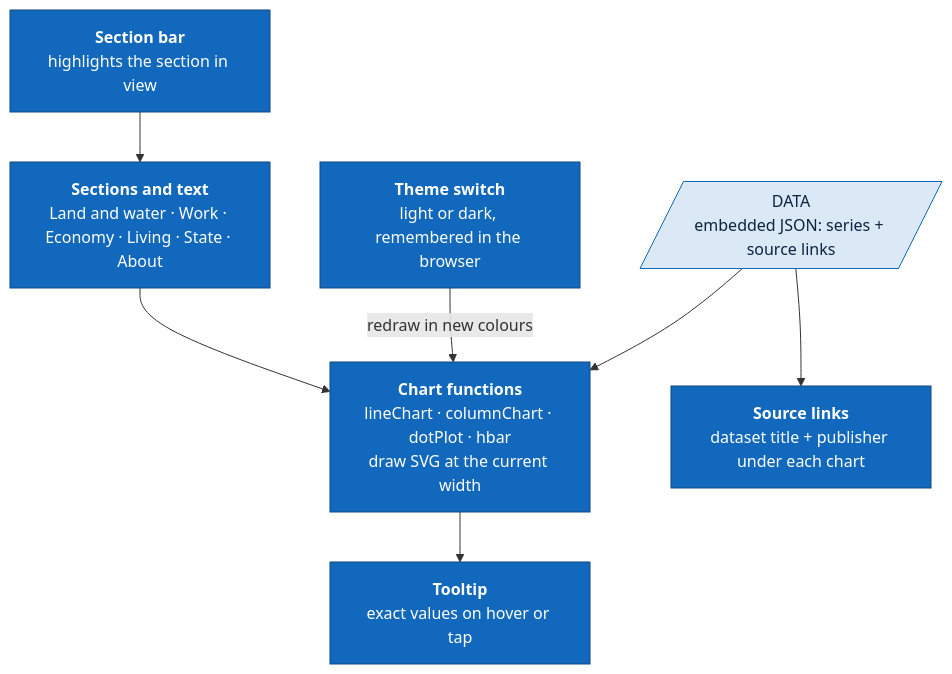
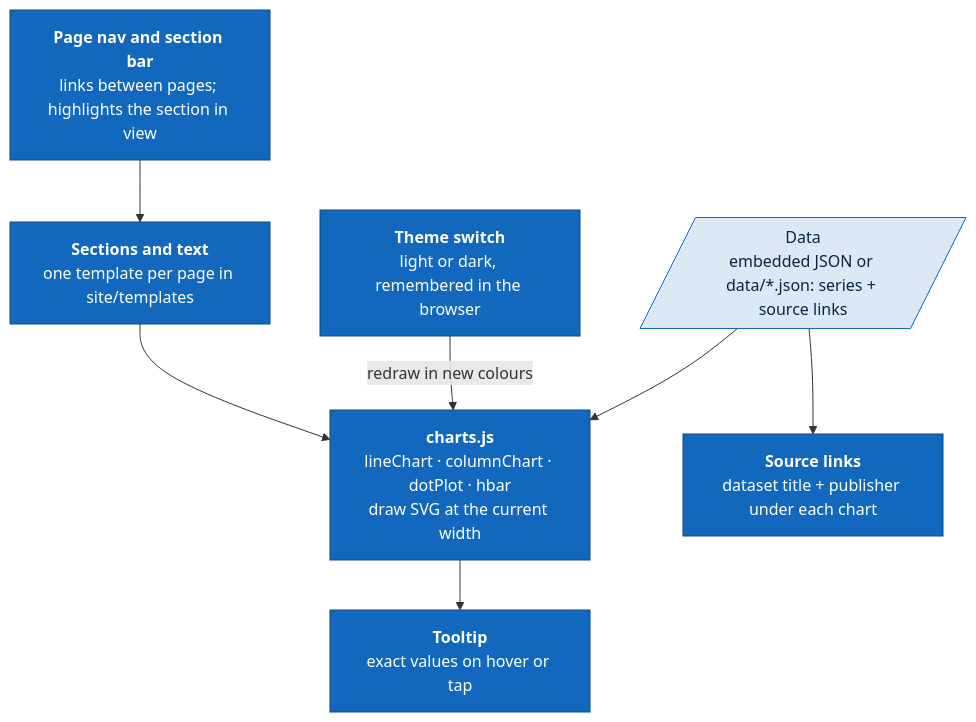
Before and after one commit to titiabdelghafour8-lab/morocco-by-the-numbers: the fourth of 5 diagrams in docs/ARCHITECTURE.md, drawn with Mermaid. The commit also changed other lines of this file and 25 other files, not shown here.

````diff
--- a/docs/ARCHITECTURE.md
+++ b/docs/ARCHITECTURE.md
@@ -131,22 +149,22 @@
 ```mermaid
 flowchart TB
-    data[/"DATA<br/>embedded JSON: series + source links"/]
-    sections["<b>Sections and text</b><br/>Land and water · Work · Economy · Living · State · About"]
-    charts["<b>Chart functions</b><br/>lineChart · columnChart · dotPlot · hbar<br/>draw SVG at the current width"]
+    data[/"Data<br/>embedded JSON or data/*.json: series + source links"/]
+    sections["<b>Sections and text</b><br/>one template per page in site/templates"]
+    charts["<b>charts.js</b><br/>lineChart · columnChart · dotPlot · hbar<br/>draw SVG at the current width"]
     tip["<b>Tooltip</b><br/>exact values on hover or tap"]
     sources["<b>Source links</b><br/>dataset title + publisher under each chart"]
-    nav["<b>Section bar</b><br/>highlights the section in view"]
+    nav["<b>Page nav and section bar</b><br/>links between pages; highlights the section in view"]
     theme["<b>Theme switch</b><br/>light or dark, remembered in the browser"]
 
     data --> charts
     data --> sources
     charts --> tip
     theme -- "redraw in new colours" --> charts
     nav --> sections
     sections --> charts
 
     classDef internal fill:#1168bd,stroke:#0b4884,color:#fff
     classDef store fill:#dbe8f6,stroke:#1168bd,color:#0b2540
     class sections,charts,tip,sources,nav,theme internal
     class data store
 ```
````
